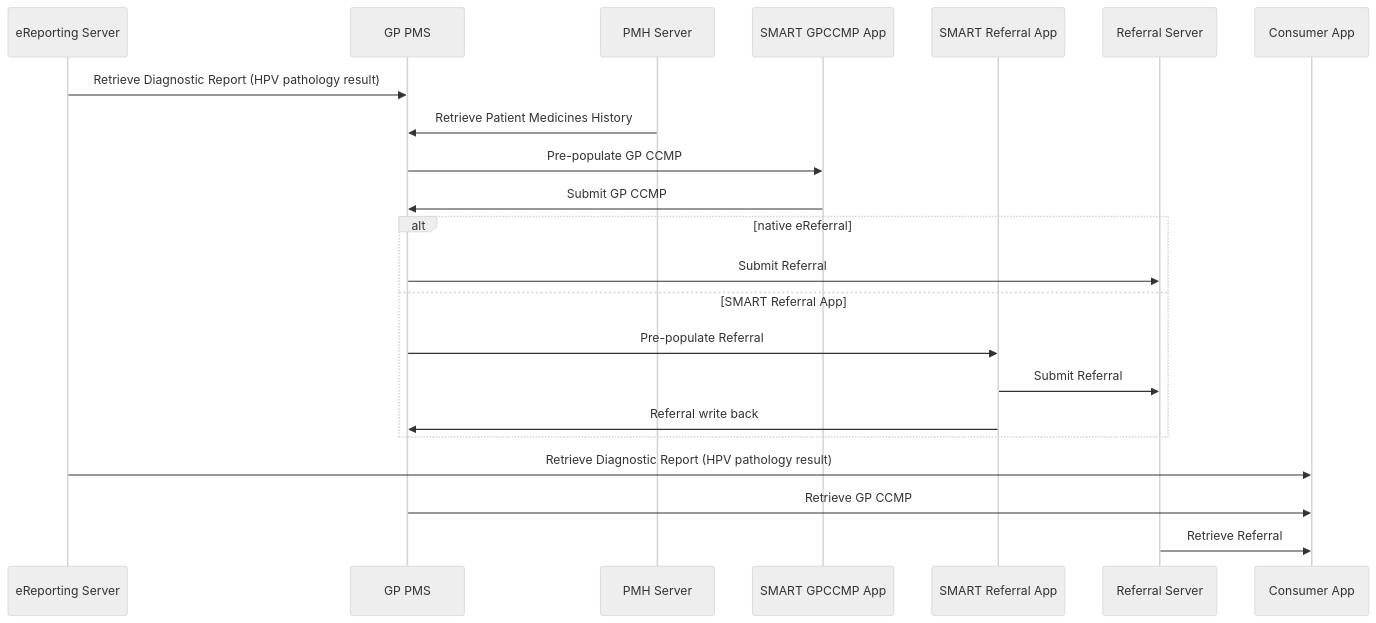
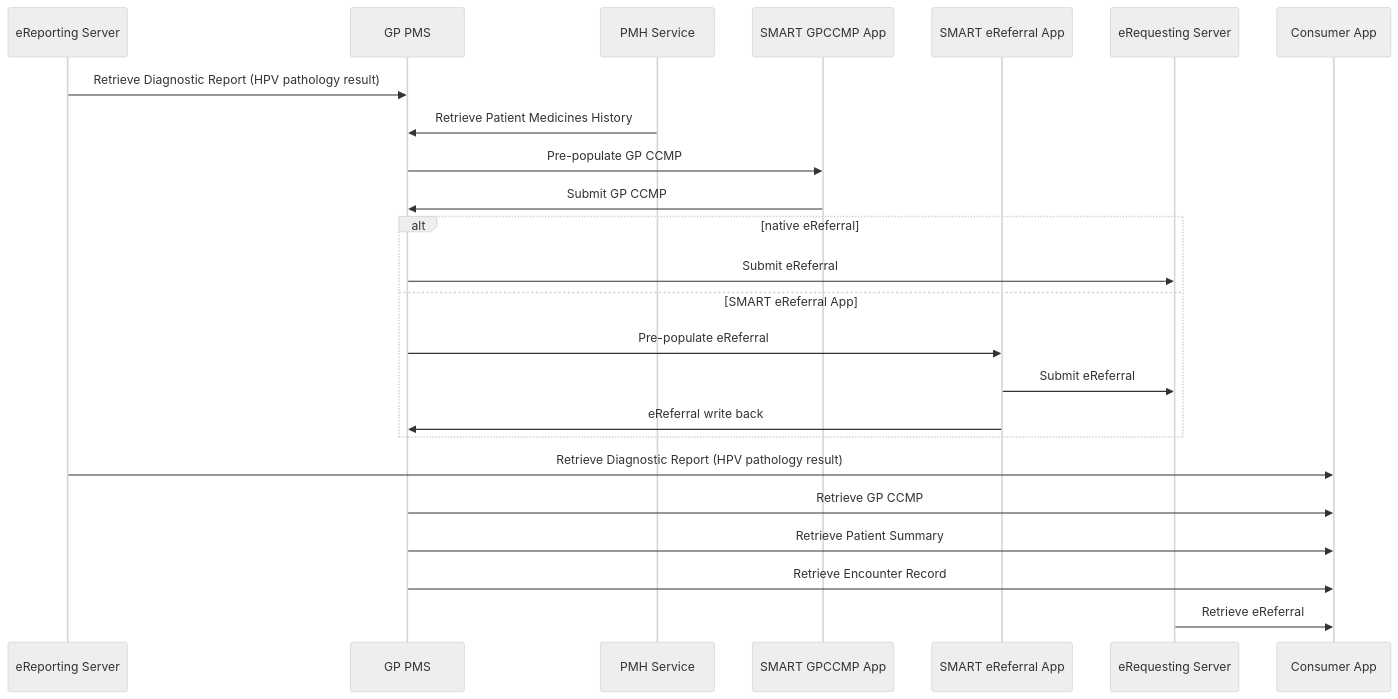
One commit to hl7au/au-fhir-test-data changed the second of 7 diagrams in au-fhir-test-data-set/connected-care/Alex Story Interactions.md. Above: the diagram before and after it, drawn with Mermaid (neutral theme). The commit also changed other lines of this file, not shown here.

````diff
--- a/au-fhir-test-data-set/connected-care/Alex Story Interactions.md
+++ b/au-fhir-test-data-set/connected-care/Alex Story Interactions.md
@@ -25,29 +25,31 @@
 ```mermaid
 sequenceDiagram
     participant RptSvr as eReporting Server
     participant PMS as GP PMS
-    participant PMH as PMH Server
+    participant PMH as PMH Service
     participant CPApp as SMART GPCCMP App
-    participant RefApp as SMART Referral App
-    participant RefSvr as Referral Server
+    participant RefApp as SMART eReferral App
+    participant ReqSvr as eRequesting Server
     participant PatApp as Consumer App
     
     RptSvr->>PMS: Retrieve Diagnostic Report (HPV pathology result)
     PMH->>PMS: Retrieve Patient Medicines History
 
     PMS->>CPApp: Pre-populate GP CCMP
     CPApp->>PMS: Submit GP CCMP
 
     alt native eReferral 
-      PMS->>RefSvr: Submit Referral
-    else SMART Referral App
-      PMS->>RefApp: Pre-populate Referral
-      RefApp->>RefSvr: Submit Referral
-      RefApp->>PMS: Referral write back
+      PMS->>ReqSvr: Submit eReferral
+    else SMART eReferral App
+      PMS->>RefApp: Pre-populate eReferral
+      RefApp->>ReqSvr: Submit eReferral
+      RefApp->>PMS: eReferral write back
     end
 
     RptSvr->>PatApp: Retrieve Diagnostic Report (HPV pathology result)
     PMS->>PatApp: Retrieve GP CCMP
-    RefSvr->>PatApp: Retrieve Referral
+    PMS->>PatApp: Retrieve Patient Summary
+    PMS->>PatApp: Retrieve Encounter Record
+    ReqSvr->>PatApp: Retrieve eReferral
 
 ```
````
